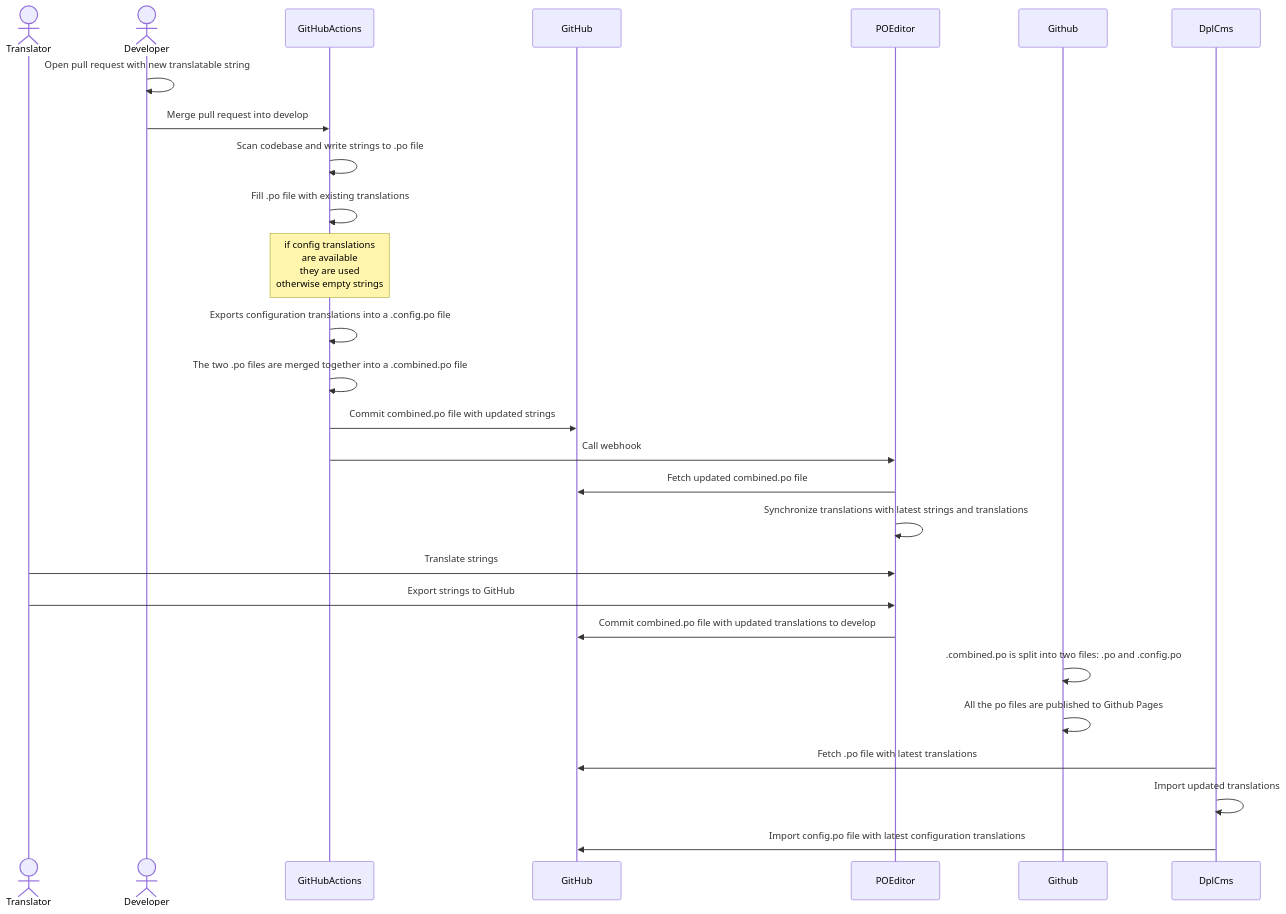
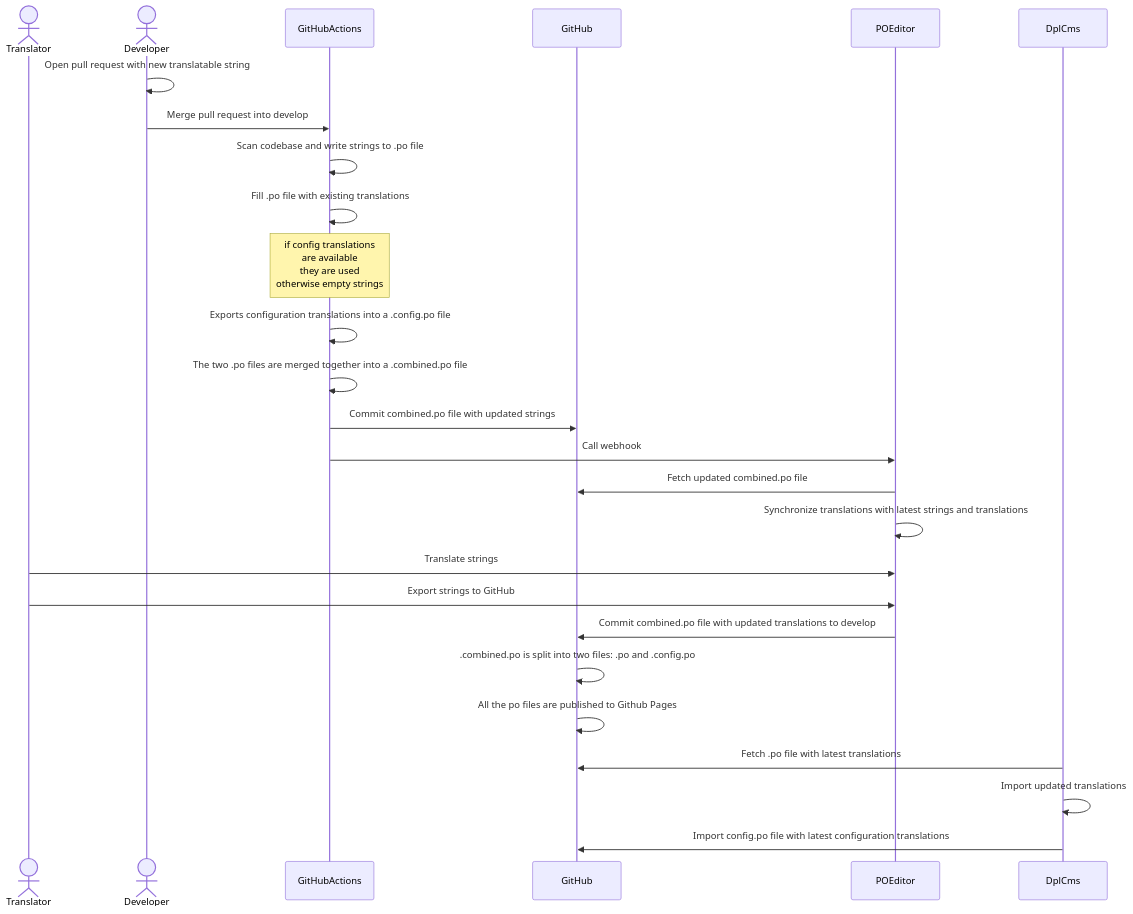
Before and after one commit to danskernesdigitalebibliotek/dpl-web: the diagram in cms/docs/translation.md, drawn with Mermaid.

````diff
--- a/cms/docs/translation.md
+++ b/cms/docs/translation.md
@@ -43,24 +43,24 @@
 ```mermaid
 sequenceDiagram
   Actor Translator
   Actor Developer
   Developer ->> Developer: Open pull request with new translatable string
   Developer ->> GitHubActions: Merge pull request into develop
   GitHubActions ->> GitHubActions: Scan codebase and write strings to .po file
   GitHubActions ->> GitHubActions: Fill .po file with existing translations
   Note over GitHubActions,GitHubActions: if config translations<br/>are available<br/>they are used<br/>otherwise empty strings
   GitHubActions ->> GitHubActions: Exports configuration translations into a .config.po file
   GitHubActions ->> GitHubActions: The two .po files are merged together into a .combined.po file
   GitHubActions ->> GitHub: Commit combined.po file with updated strings
   GitHubActions ->> POEditor: Call webhook
   POEditor ->> GitHub: Fetch updated combined.po file
   POEditor ->> POEditor: Synchronize translations with latest strings and translations
   Translator ->> POEditor: Translate strings
   Translator ->> POEditor: Export strings to GitHub
   POEditor ->> GitHub: Commit combined.po file with updated translations to develop
-  Github ->> Github: .combined.po is split into two files: .po and .config.po
-  Github ->> Github: All the po files are published to Github Pages
+  GitHub ->> GitHub: .combined.po is split into two files: .po and .config.po
+  GitHub ->> GitHub: All the po files are published to Github Pages
   DplCms ->> GitHub: Fetch .po file with latest translations
   DplCms ->> DplCms: Import updated translations
   DplCms ->> GitHub: Import config.po file with latest configuration translations
 ```
````
